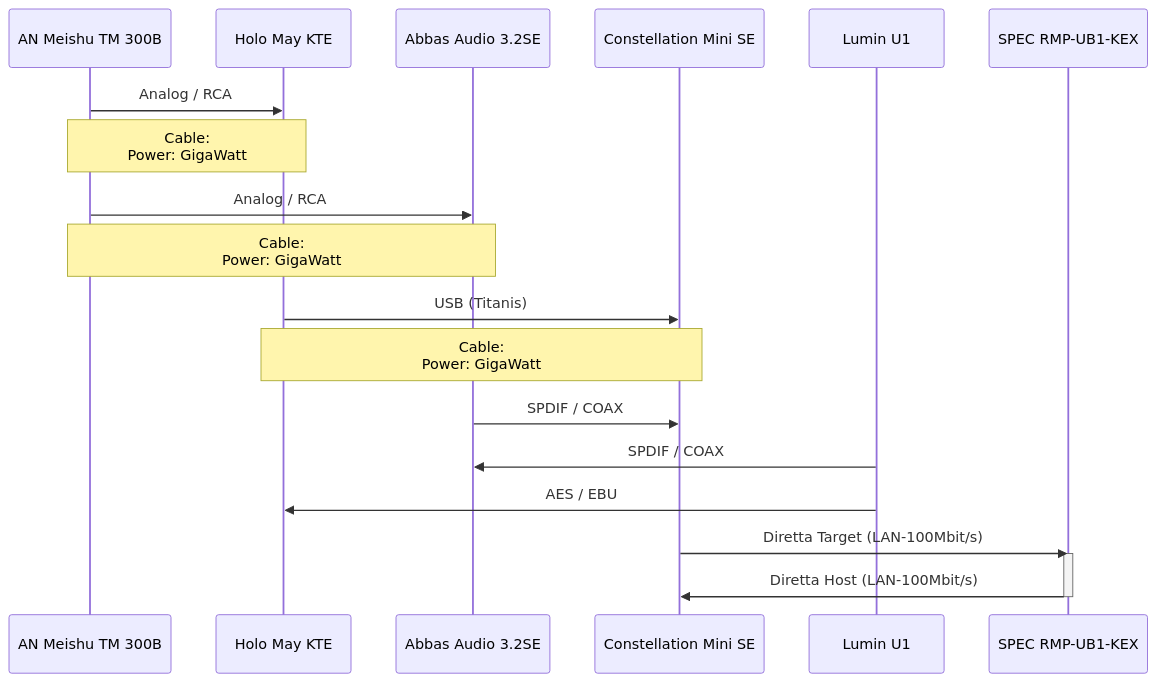
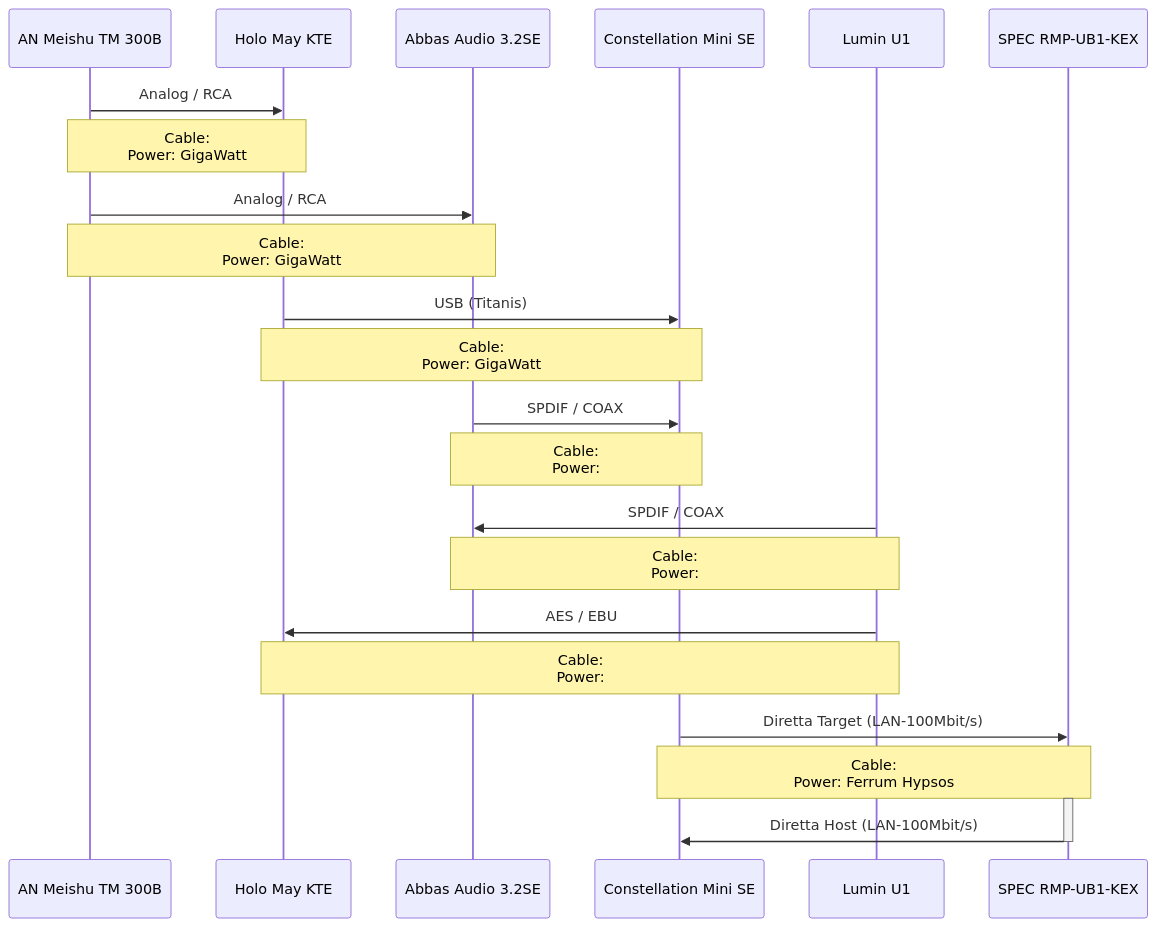
One commit to geraldfehringer/diretta changed the diagram in gerihifi-setup.md. Above: the diagram before and after it, drawn with Mermaid.

````diff
--- a/gerihifi-setup.md
+++ b/gerihifi-setup.md
@@ -9,16 +9,20 @@
 ```mermaid
 sequenceDiagram
     AN Meishu TM 300B->>Holo May KTE: Analog / RCA
     Note over AN Meishu TM 300B,Holo May KTE: Cable: <br> Power: GigaWatt
     AN Meishu TM 300B->>Abbas Audio 3.2SE: Analog / RCA
     Note over AN Meishu TM 300B,Abbas Audio 3.2SE: Cable: <br> Power: GigaWatt
     Holo May KTE->>Constellation Mini SE: USB (Titanis)
     Note over Constellation Mini SE,Holo May KTE: Cable: <br> Power: GigaWatt
     Abbas Audio 3.2SE->>Constellation Mini SE: SPDIF / COAX
+    Note over Constellation Mini SE,Abbas Audio 3.2SE: Cable: <br> Power:
     Lumin U1->>Abbas Audio 3.2SE: SPDIF / COAX
+    Note over Abbas Audio 3.2SE,Lumin U1: Cable: <br> Power:
     Lumin U1->>Holo May KTE: AES / EBU
+    Note over Holo May KTE,Lumin U1: Cable: <br> Power:
     Constellation Mini SE->>SPEC RMP-UB1-KEX: Diretta Target (LAN-100Mbit/s)
+    Note over SPEC RMP-UB1-KEX,Constellation Mini SE: Cable: <br> Power: Ferrum Hypsos
     activate SPEC RMP-UB1-KEX
     SPEC RMP-UB1-KEX->>Constellation Mini SE: Diretta Host (LAN-100Mbit/s)
     deactivate SPEC RMP-UB1-KEX
 ```
````
